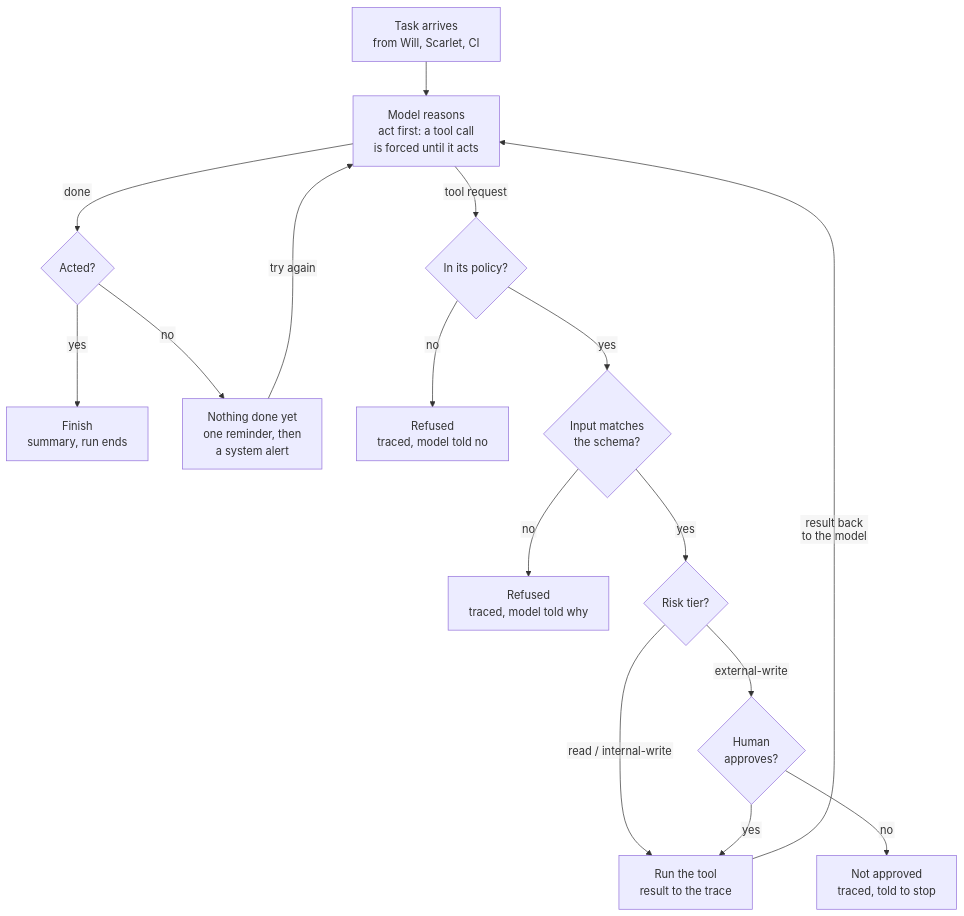
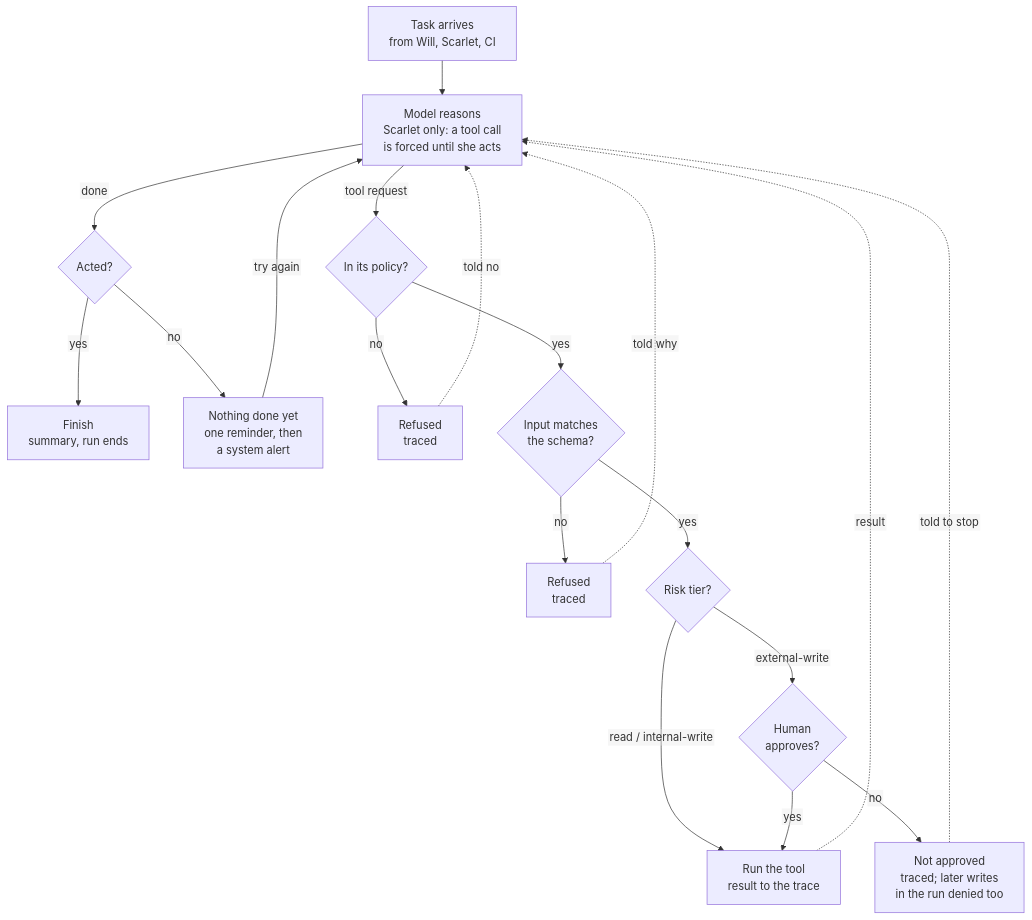
Before and after one commit to willshchang/WSHC-ZTAI-Lab: the first of 2 diagrams in 03-agents/README.md, drawn with Mermaid. The commit also changed other lines of this file and 3 other files, not shown here.

First line of the commit message:
docs: diagrams match the code

````diff
--- a/03-agents/README.md
+++ b/03-agents/README.md
@@ -47,19 +50,22 @@
 ```mermaid
 %%{init: {"flowchart": {"htmlLabels": false}}}%%
 flowchart TD
-    task["Task arrives<br/>from Will, Scarlet, CI"] --> model["Model reasons<br/>act first: a tool call<br/>is forced until it acts"]
+    task["Task arrives<br/>from Will, Scarlet, CI"] --> model["Model reasons<br/>Scarlet only: a tool call<br/>is forced until she acts"]
     model -->|"done"| acted{"Acted?"}
     acted -->|"yes"| finish["Finish<br/>summary, run ends"]
     acted -->|"no"| remind["Nothing done yet<br/>one reminder, then<br/>a system alert"]
     remind -->|"try again"| model
     model -->|"tool request"| policy{"In its policy?"}
-    policy -->|"no"| refused["Refused<br/>traced, model told no"]
+    policy -->|"no"| refused["Refused<br/>traced"]
     policy -->|"yes"| schema{"Input matches<br/>the schema?"}
-    schema -->|"no"| invalid["Refused<br/>traced, model told why"]
+    schema -->|"no"| invalid["Refused<br/>traced"]
     schema -->|"yes"| risk{"Risk tier?"}
     risk -->|"read / internal-write"| run["Run the tool<br/>result to the trace"]
     risk -->|"external-write"| human{"Human<br/>approves?"}
     human -->|"yes"| run
-    human -->|"no"| denied["Not approved<br/>traced, told to stop"]
-    run -->|"result back<br/>to the model"| model
+    human -->|"no"| denied["Not approved<br/>traced; later writes<br/>in the run denied too"]
+    run -.->|"result"| model
+    refused -.->|"told no"| model
+    invalid -.->|"told why"| model
+    denied -.->|"told to stop"| model
 ```
````
